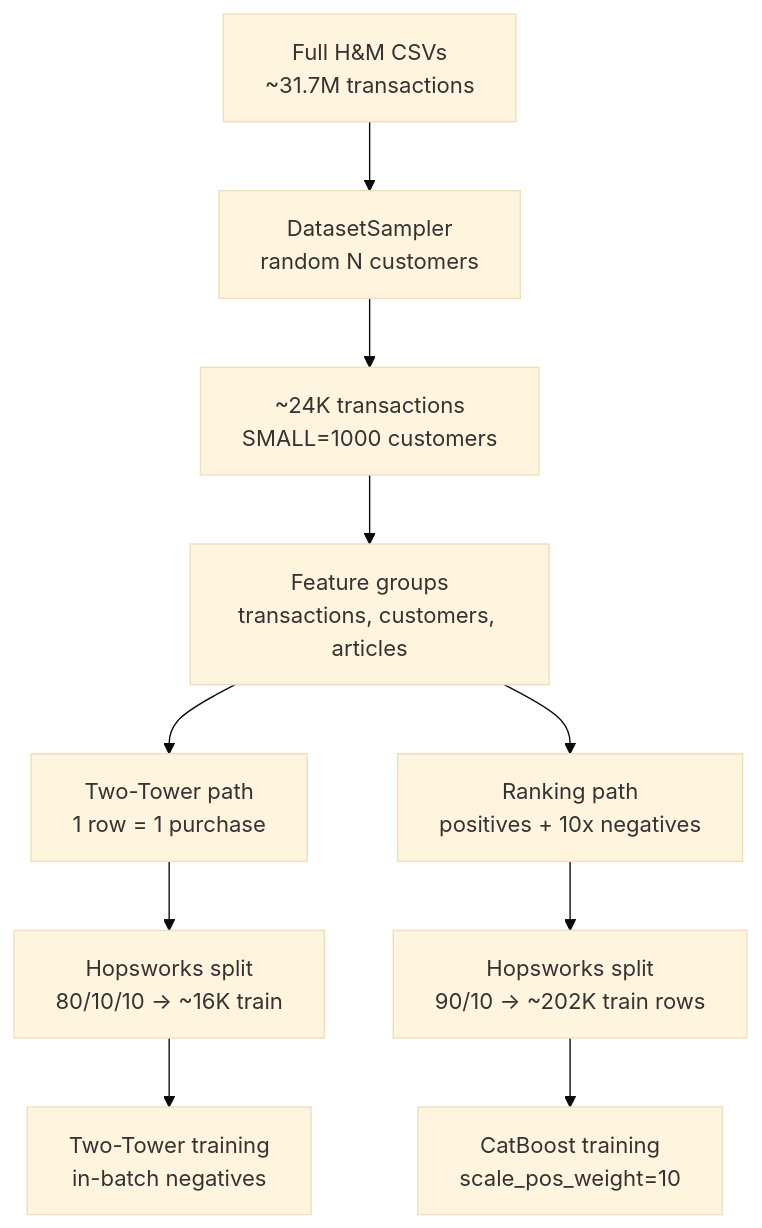
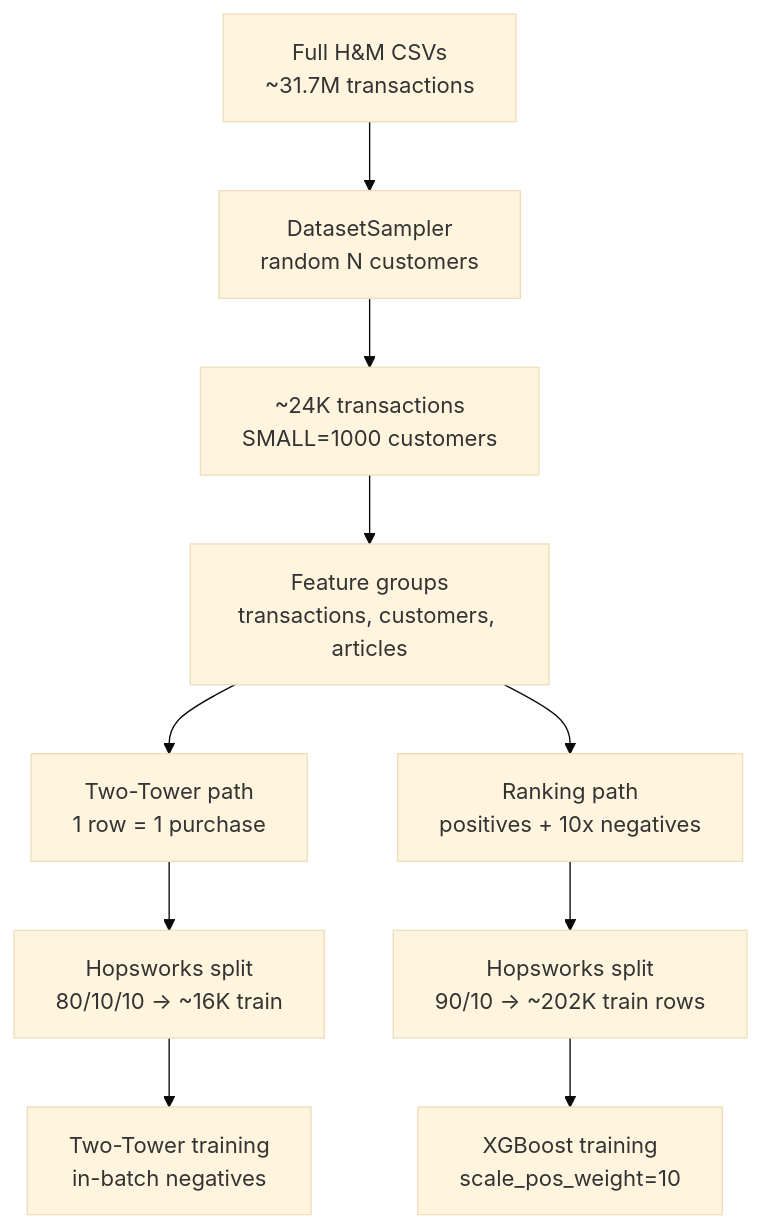
The diagram in docs/my-docs/personal-learning/sampling/tmp-recsys-training-data-sampling.md (rahulvansh66/fashion-recommendation-system), drawn with Mermaid (base theme) before and after one commit. The commit also changed other lines of this file and 144 other files, not shown here.

````diff
--- a/docs/my-docs/personal-learning/sampling/tmp-recsys-training-data-sampling.md
+++ b/docs/my-docs/personal-learning/sampling/tmp-recsys-training-data-sampling.md
@@ -23,12 +23,12 @@
 ```mermaid
 flowchart TD
     A["Full H&M CSVs<br/>~31.7M transactions"] --> B["DatasetSampler<br/>random N customers"]
     B --> C["~24K transactions<br/>SMALL=1000 customers"]
     C --> D["Feature groups<br/>transactions, customers, articles"]
     D --> E["Two-Tower path<br/>1 row = 1 purchase"]
     D --> F["Ranking path<br/>positives + 10x negatives"]
     E --> G["Hopsworks split<br/>80/10/10 → ~16K train"]
     F --> H["Hopsworks split<br/>90/10 → ~202K train rows"]
     G --> I["Two-Tower training<br/>in-batch negatives"]
-    H --> J["CatBoost training<br/>scale_pos_weight=10"]
+    H --> J["XGBoost training<br/>scale_pos_weight=10"]
 ```
````
